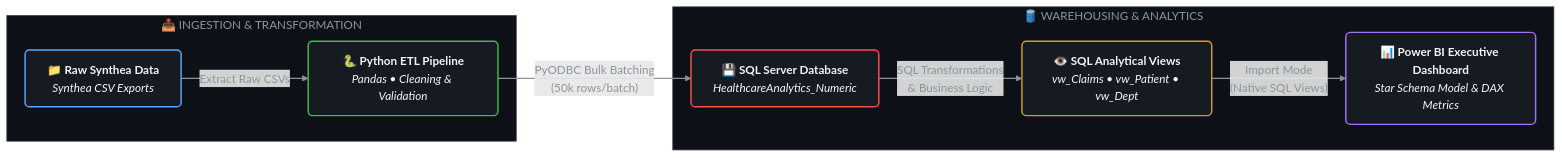
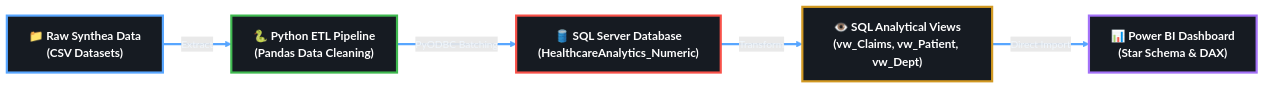
The diagram in README.md (Yuangp01/Healthcare-Analytics-Dashboard), drawn with Mermaid before and after one commit.

````diff
--- a/README.md
+++ b/README.md
@@ -14,32 +14,25 @@
 ```mermaid
-graph LR
-    %% Subgraphs for System Architecture
-    subgraph Data_Ingestion [" 📥 INGESTION & TRANSFORMATION "]
-        A["<b>📁 Raw Synthea Data</b><br/><i>Synthea CSV Exports</i>"] 
-        B["<b>🐍 Python ETL Pipeline</b><br/><i>Pandas • Cleaning & Validation</i>"]
-    end
+flowchart LR
+    %% Custom Font and Node Styling
+    classDef largeNode fill:#161b22,stroke:#58a6ff,stroke-width:3px,color:#ffffff,font-size:16px,font-weight:bold;
+    classDef pythonNode fill:#161b22,stroke:#3fb950,stroke-width:3px,color:#ffffff,font-size:16px,font-weight:bold;
+    classDef sqlNode fill:#161b22,stroke:#f85149,stroke-width:3px,color:#ffffff,font-size:16px,font-weight:bold;
+    classDef viewNode fill:#161b22,stroke:#d29922,stroke-width:3px,color:#ffffff,font-size:16px,font-weight:bold;
+    classDef pbiNode fill:#161b22,stroke:#a371f7,stroke-width:3px,color:#ffffff,font-size:16px,font-weight:bold;
 
-    subgraph Data_Platform [" 🛢️ WAREHOUSING & ANALYTICS "]
-        C["<b>💾 SQL Server Database</b><br/><i>HealthcareAnalytics_Numeric</i>"]
-        D["<b>👁️ SQL Analytical Views</b><br/><i>vw_Claims • vw_Patient • vw_Dept</i>"]
-        E["<b>📊 Power BI Executive Dashboard</b><br/><i>Star Schema Model & DAX Metrics</i>"]
-    end
+    %% Nodes
+    A["📁 Raw Synthea Data<br/>(CSV Datasets)"]:::largeNode
+    B["🐍 Python ETL Pipeline<br/>(Pandas Data Cleaning)"]:::pythonNode
+    C["🛢️ SQL Server Database<br/>(HealthcareAnalytics_Numeric)"]:::sqlNode
+    D["👁️ SQL Analytical Views<br/>(vw_Claims, vw_Patient, vw_Dept)"]:::viewNode
+    E["📊 Power BI Dashboard<br/>(Star Schema & DAX)"]:::pbiNode
 
-    %% Flow Connections with Annotations
-    A -->|" Extract Raw CSVs "| B
-    B -->|" PyODBC Bulk Batching<br/>(50k rows/batch) "| C
-    C -->|" SQL Transformations<br/>& Business Logic "| D
-    D -->|" Import Mode<br/>(Native SQL Views) "| E
+    %% Links
+    A ==>|" Extract "| B
+    B ==>|" PyODBC Batching "| C
+    C ==>|" Transform "| D
+    D ==>|" Direct Import "| E
 
-    %% Custom Styling
-    style Data_Ingestion fill:#0d1117,stroke:#30363d,stroke-width:1px,color:#8b949e
-    style Data_Platform fill:#0d1117,stroke:#30363d,stroke-width:1px,color:#8b949e
-
-    style A fill:#161b22,stroke:#58a6ff,stroke-width:2px,color:#f0f6fc,rx:6px,ry:6px
-    style B fill:#161b22,stroke:#3fb950,stroke-width:2px,color:#f0f6fc,rx:6px,ry:6px
-    style C fill:#161b22,stroke:#f85149,stroke-width:2px,color:#f0f6fc,rx:6px,ry:6px
-    style D fill:#161b22,stroke:#d29922,stroke-width:2px,color:#f0f6fc,rx:6px,ry:6px
-    style E fill:#161b22,stroke:#a371f7,stroke-width:2px,color:#f0f6fc,rx:6px,ry:6px
-
-    linkStyle default stroke:#8b949e,stroke-width:1.5px,color:#8b949e
+    %% Link Styling
+    linkStyle default stroke:#58a6ff,stroke-width:3px,color:#f0f6fc,font-size:14px;
 ```
````
